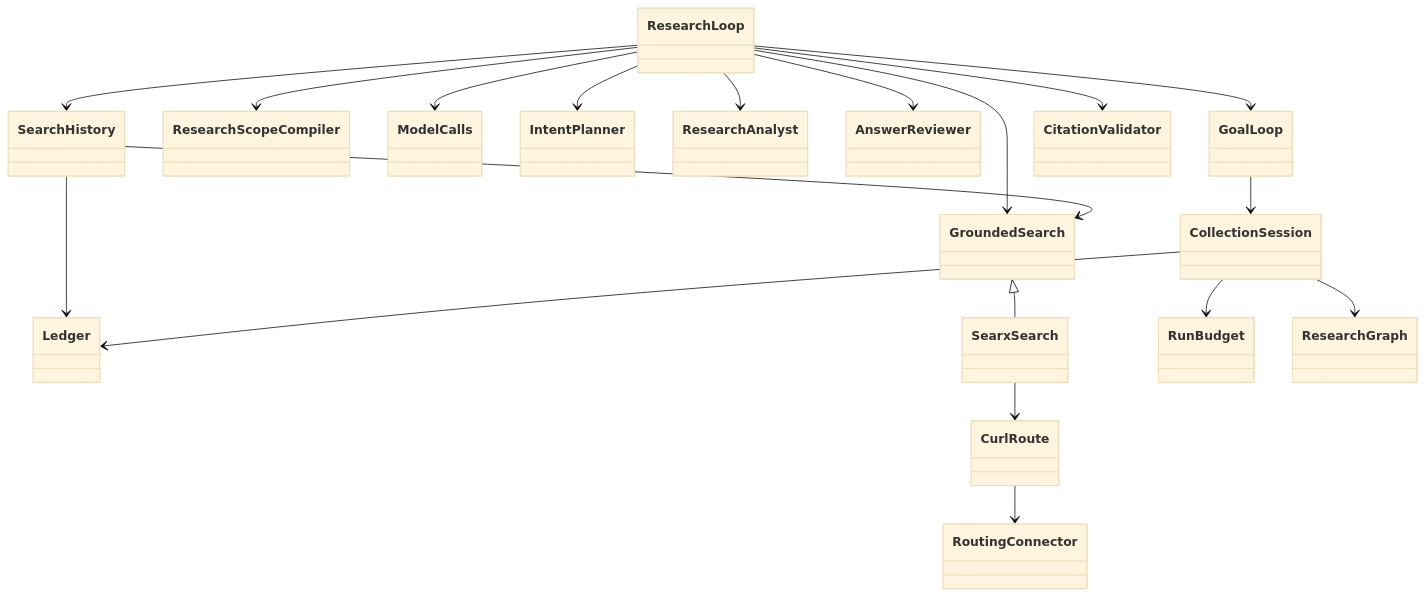
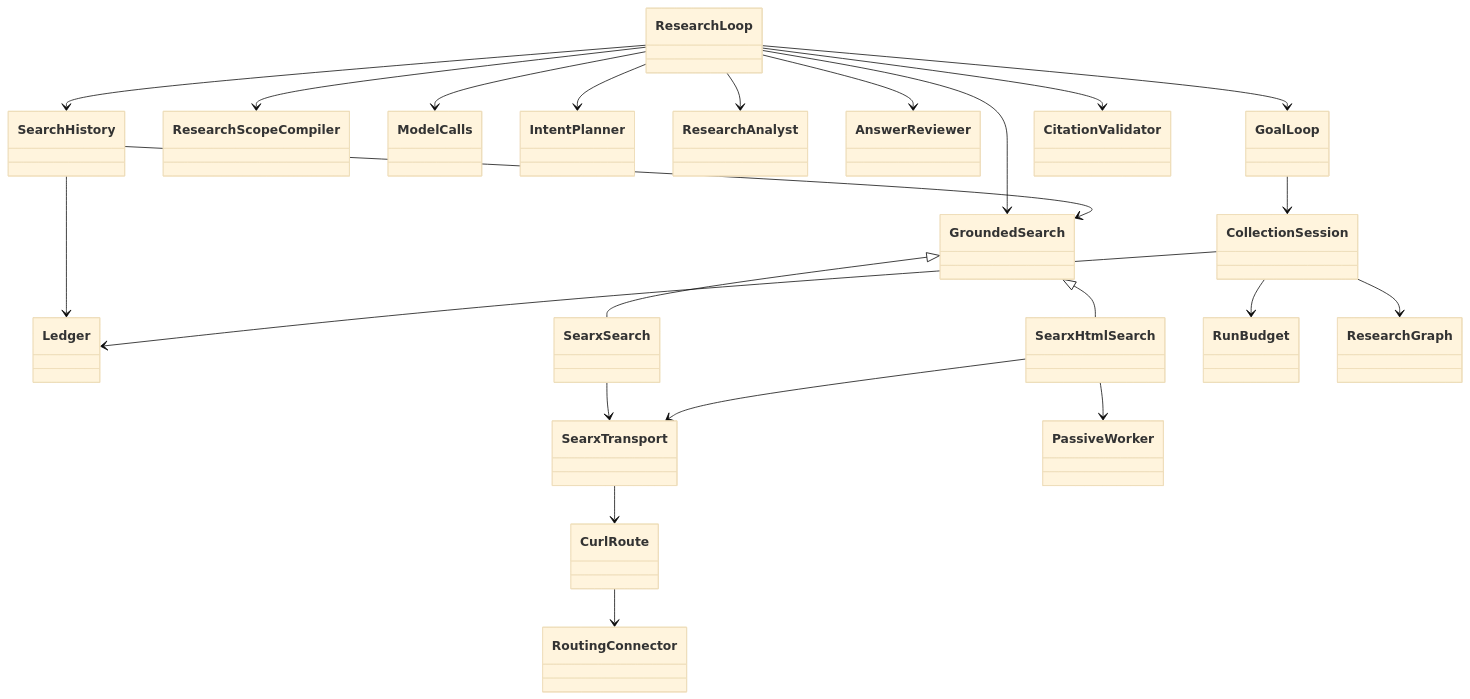
Before and after one commit to ginkorea/ghimera: the diagram in docs/C3_RESEARCH.md, drawn with Mermaid (base theme). The commit also changed other lines of this file and 13 other files, not shown here.

Commit message:
Add explicitly configured passive HTML search and identify observed interstitials

````diff
--- a/docs/C3_RESEARCH.md
+++ b/docs/C3_RESEARCH.md
@@ -33,21 +34,25 @@
 ```mermaid
 classDiagram
     ResearchLoop --> GoalLoop
     ResearchLoop --> ResearchScopeCompiler
     ResearchLoop --> ModelCalls
     ResearchLoop --> IntentPlanner
     ResearchLoop --> ResearchAnalyst
     ResearchLoop --> AnswerReviewer
     ResearchLoop --> GroundedSearch
     ResearchLoop --> SearchHistory
     SearchHistory --> GroundedSearch
     SearchHistory --> Ledger
     GroundedSearch <|-- SearxSearch
-    SearxSearch --> CurlRoute
+    GroundedSearch <|-- SearxHtmlSearch
+    SearxSearch --> SearxTransport
+    SearxHtmlSearch --> SearxTransport
+    SearxHtmlSearch --> PassiveWorker
+    SearxTransport --> CurlRoute
     CurlRoute --> RoutingConnector
     GoalLoop --> CollectionSession
     CollectionSession --> RunBudget
     CollectionSession --> Ledger
     CollectionSession --> ResearchGraph
     ResearchLoop --> CitationValidator
 ```
````
